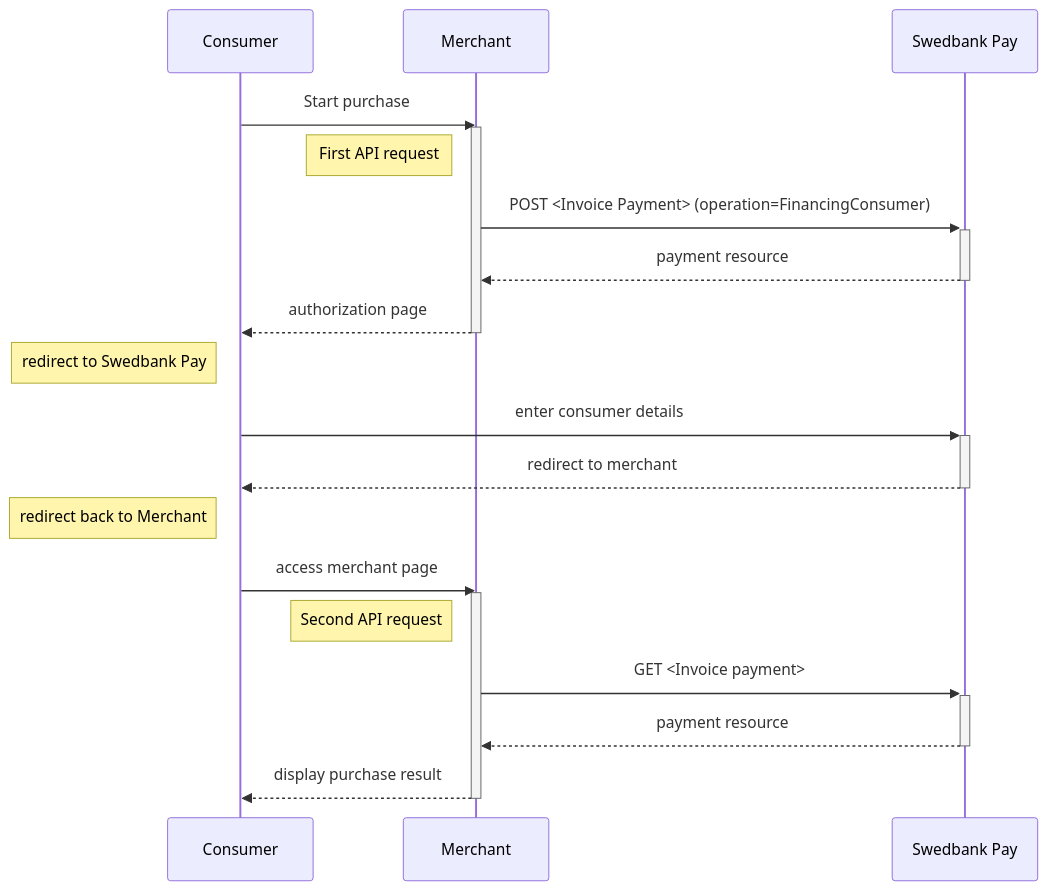
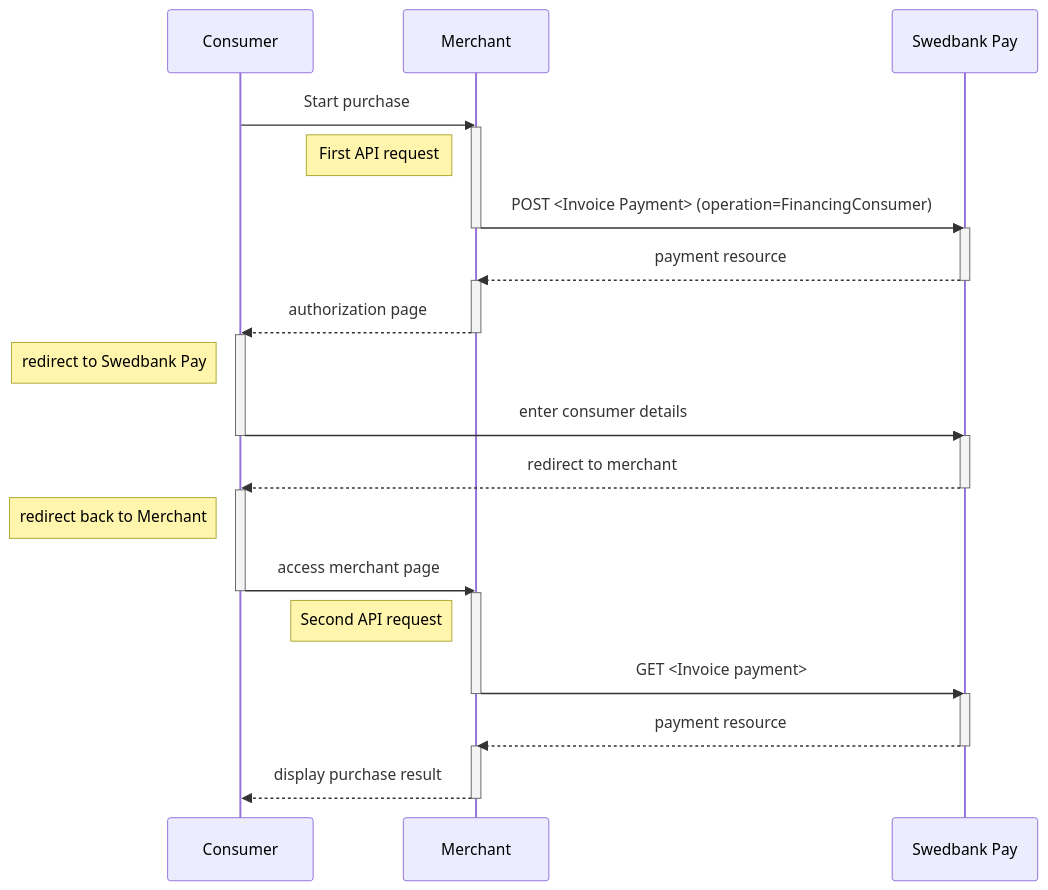
The diagram in payments/invoice/redirect.md (SwedbankPay/developer.swedbankpay.com), drawn with Mermaid before and after one commit. The commit also changed other lines of this file and 5 other files, not shown here.

````diff
--- a/payments/invoice/redirect.md
+++ b/payments/invoice/redirect.md
@@ -69,20 +69,26 @@
 ```mermaid
 sequenceDiagram
     Consumer->>Merchant: Start purchase
     activate Merchant
     note left of Merchant: First API request
-    Merchant->>+Swedbank Pay: POST <Invoice Payment> (operation=FinancingConsumer)
+    Merchant->>-Swedbank Pay: POST <Invoice Payment> (operation=FinancingConsumer)
+    activate Swedbank Pay
     Swedbank Pay-->>-Merchant: payment resource
+    activate Merchant
     Merchant-->>-Consumer: authorization page
+    activate Consumer
     note left of Consumer: redirect to Swedbank Pay
-    Consumer->>+Swedbank Pay: enter consumer details
+    Consumer->>-Swedbank Pay: enter consumer details
+    activate Swedbank Pay
     Swedbank Pay-->>-Consumer: redirect to merchant
+    activate Consumer
     note left of Consumer: redirect back to Merchant
-    Consumer->>Merchant: access merchant page
+    Consumer->>-Merchant: access merchant page
     activate Merchant
     note left of Merchant: Second API request
-    Merchant->>+Swedbank Pay: GET <Invoice payment>
+    Merchant->>-Swedbank Pay: GET <Invoice payment>
+    activate Swedbank Pay
     Swedbank Pay-->>-Merchant: payment resource
-    Merchant-->>Consumer: display purchase result
-    deactivate Merchant
+    activate Merchant
+    Merchant-->>-Consumer: display purchase result
 ```
````
